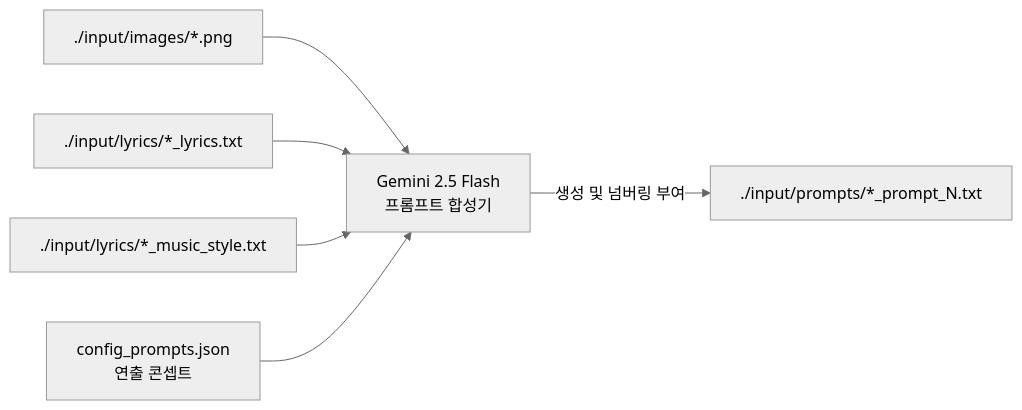
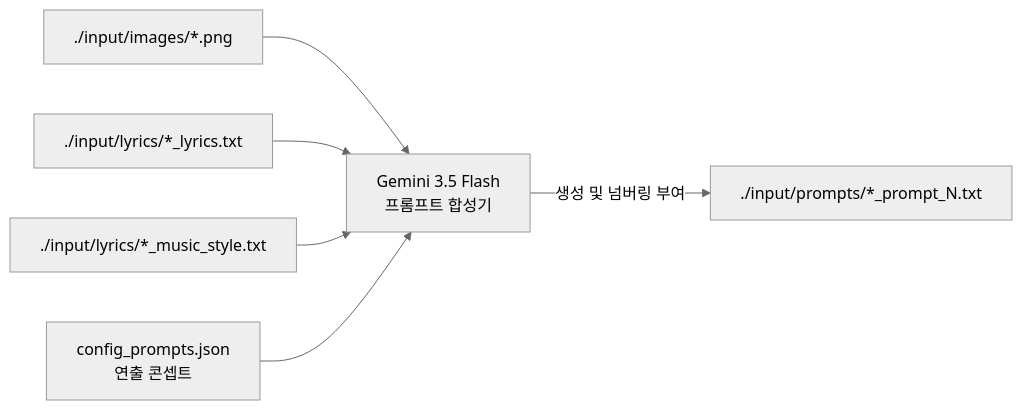
Before and after one commit to electronicnomad/stage-backdrops: the tenth of 12 diagrams in ARCHITECTURE.md, drawn with Mermaid. The commit also changed other lines of this file and 3 other files, not shown here.

Commit message:
feat: upgrade prompt generator model from gemini-2.5-flash to gemini-3.5-flash

````diff
--- a/ARCHITECTURE.md
+++ b/ARCHITECTURE.md
@@ -369,10 +369,10 @@
 ```mermaid
 %%{init: {'theme': 'neutral'}}%%
 flowchart LR
-    IMG["./input/images/*.png"] --> GEM["Gemini 2.5 Flash <br> 프롬프트 합성기"]
+    IMG["./input/images/*.png"] --> GEM["Gemini 3.5 Flash <br> 프롬프트 합성기"]
     LYRICS["./input/lyrics/*_lyrics.txt"] --> GEM
     STYLE["./input/lyrics/*_music_style.txt"] --> GEM
     CONFIG["config_prompts.json <br> 연출 콘셉트"] --> GEM
     
     GEM -->|생성 및 넘버링 부여| ARCHIVE["./input/prompts/*_prompt_N.txt"]
 ```
````
